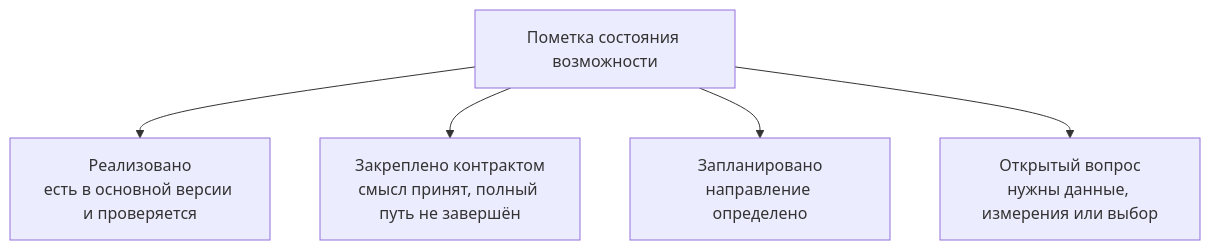
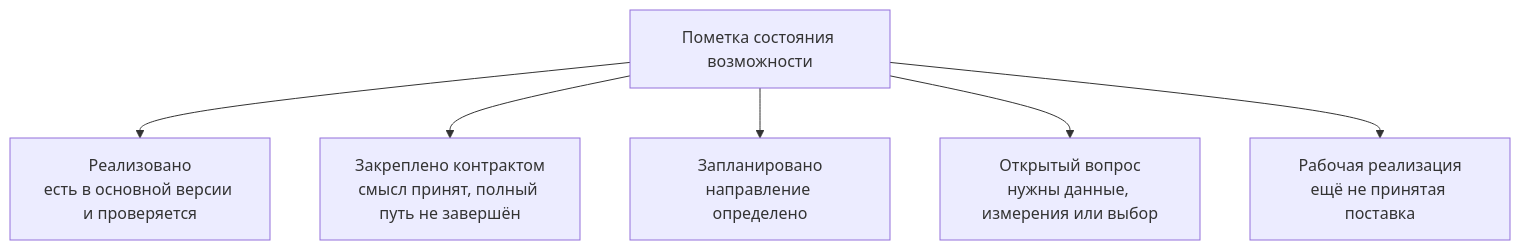
Before and after one commit to ZelAnton/Interlink-product-book: the diagram in wiki/Data-status-risks-acceptance.md, drawn with Mermaid. The commit also changed other lines of this file and 231 other files, not shown here.

````diff
--- a/wiki/Data-status-risks-acceptance.md
+++ b/wiki/Data-status-risks-acceptance.md
@@ -16,7 +17,8 @@
 ```mermaid
 flowchart TB
     K["Пометка состояния возможности"] --> A["Реализовано<br/>есть в основной версии и проверяется"]
     K --> B["Закреплено контрактом<br/>смысл принят, полный путь не завершён"]
     K --> C["Запланировано<br/>направление определено"]
     K --> D["Открытый вопрос<br/>нужны данные, измерения или выбор"]
+    K --> E["Рабочая реализация<br/>ещё не принятая поставка"]
 ```
````
